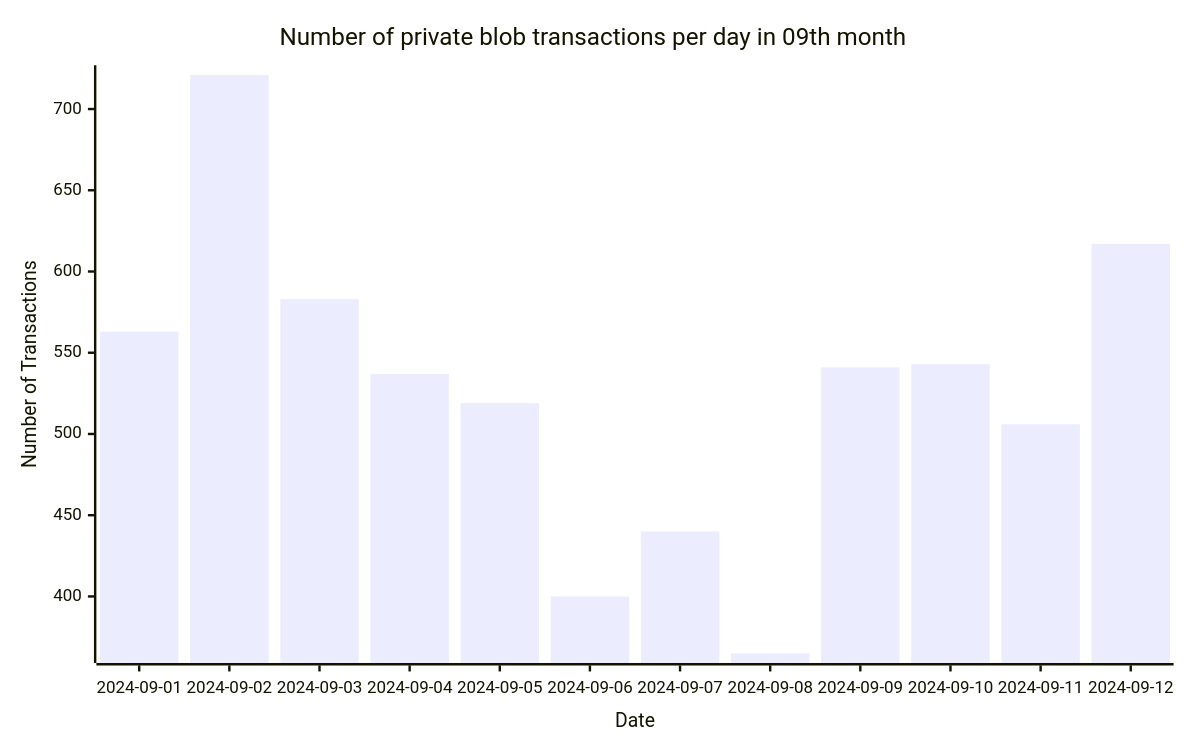
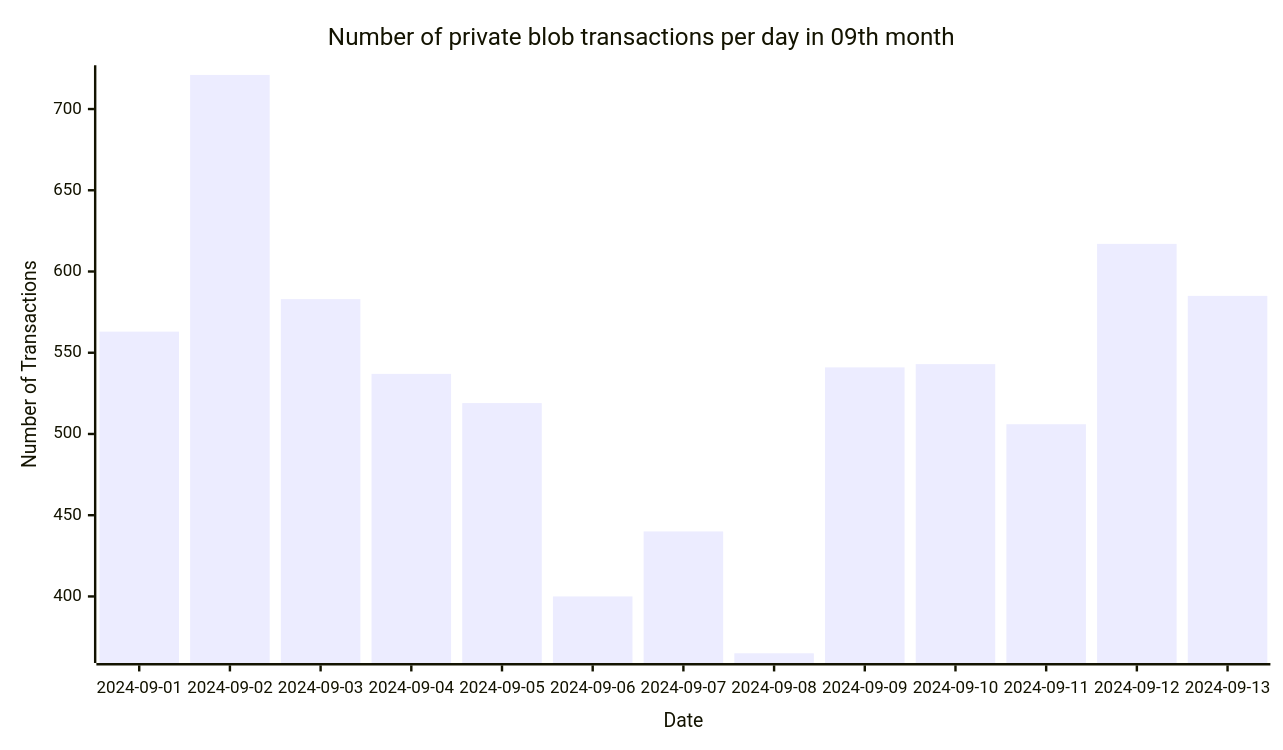
One commit to Amit0617/eip4844-data changed the seventh of 7 diagrams in README.md. Above: the diagram before and after it, drawn with Mermaid. The commit also changed 1 other file, not shown here.

````diff
--- a/README.md
+++ b/README.md
@@ -79,12 +79,12 @@
 ```mermaid
 ---
 config:
     xyChart:
-        width: 960
+        width: 1040
         height: 600
 ---
 xychart-beta title "Number of private blob transactions per day in 09th month"
-x-axis "Date" [2024-09-01,2024-09-02,2024-09-03,2024-09-04,2024-09-05,2024-09-06,2024-09-07,2024-09-08,2024-09-09,2024-09-10,2024-09-11,2024-09-12]
+x-axis "Date" [2024-09-01,2024-09-02,2024-09-03,2024-09-04,2024-09-05,2024-09-06,2024-09-07,2024-09-08,2024-09-09,2024-09-10,2024-09-11,2024-09-12,2024-09-13]
 y-axis "Number of Transactions"
-bar[563,721,583,537,519,400,440,365,541,543,506,617]
+bar[563,721,583,537,519,400,440,365,541,543,506,617,585]
 ```
````
